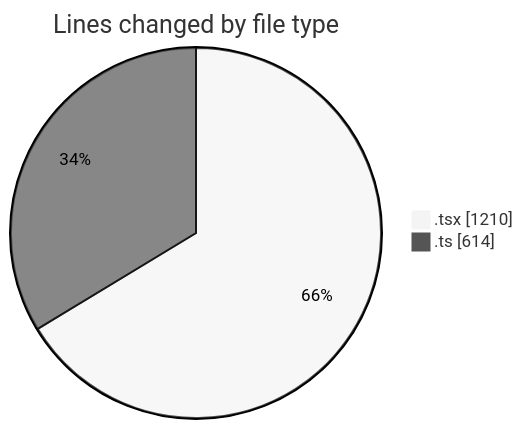
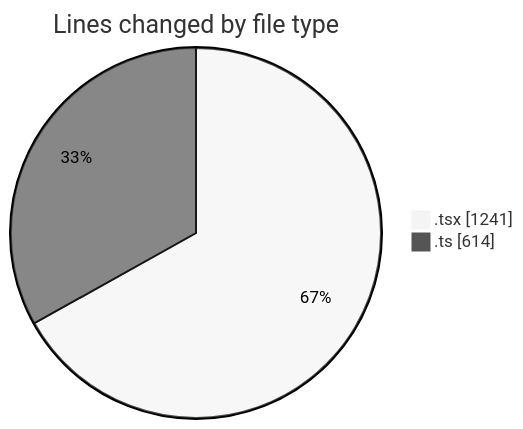
Before and after one commit to nxtqubesakshisongat/code-tracking: the first of 2 diagrams in 2026-05-18/nxtqube_webapp/README.md, drawn with Mermaid (neutral theme). The commit also changed other lines of this file and 1 other file, not shown here.

````diff
--- a/2026-05-18/nxtqube_webapp/README.md
+++ b/2026-05-18/nxtqube_webapp/README.md
@@ -25,6 +25,6 @@
 ```mermaid
 pie showData
 title Lines changed by file type
-".tsx" : 1210
+".tsx" : 1241
 ".ts" : 614
 ```
````
